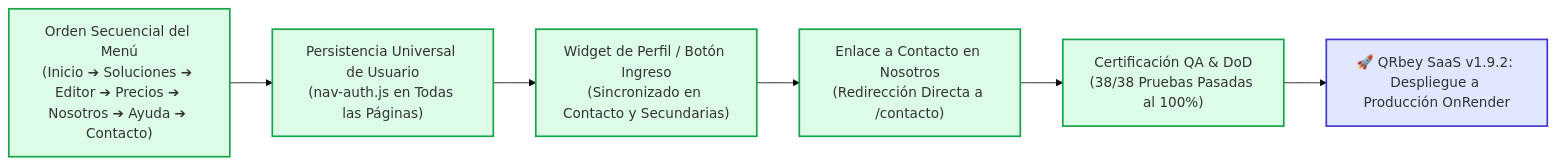
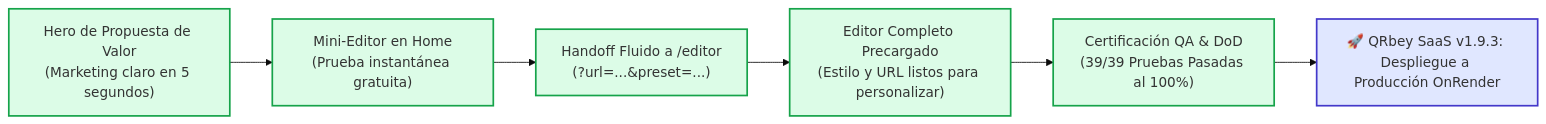
Before and after one commit to paolapaz202504/QRgenerator: the diagram in PROJECT_STATUS_QRGENERATOR.md, drawn with Mermaid (base theme). The commit also changed other lines of this file and 20 other files, not shown here.

Commit message:
feat(v1.9.3): mini editor en home gratuito sin restricciones y handoff a editor

````diff
--- a/PROJECT_STATUS_QRGENERATOR.md
+++ b/PROJECT_STATUS_QRGENERATOR.md
@@ -12,15 +12,15 @@
 ```mermaid
 flowchart LR
-    A["Orden Secuencial del Menú\n(Inicio ➔ Soluciones ➔ Editor ➔ Precios ➔ Nosotros ➔ Ayuda ➔ Contacto)"] --> B["Persistencia Universal de Usuario\n(nav-auth.js en Todas las Páginas)"]
-    B --> C["Widget de Perfil / Botón Ingreso\n(Sincronizado en Contacto y Secundarias)"]
-    C --> D["Enlace a Contacto en Nosotros\n(Redirección Directa a /contacto)"]
-    D --> E["Certificación QA & DoD\n(38/38 Pruebas Pasadas al 100%)"]
-    E --> F["🚀 QRbey SaaS v1.9.2: Despliegue a Producción OnRender"]
+    A["Hero de Propuesta de Valor\n(Marketing claro en 5 segundos)"] --> B["Mini-Editor en Home\n(Prueba instantánea gratuita)"]
+    B --> C["Handoff Fluido a /editor\n(?url=...&preset=...)"]
+    C --> D["Editor Completo Precargado\n(Estilo y URL listos para personalizar)"]
+    D --> E["Certificación QA & DoD\n(39/39 Pruebas Pasadas al 100%)"]
+    E --> F["🚀 QRbey SaaS v1.9.3: Despliegue a Producción OnRender"]
     
     style A fill:#dcfce7,stroke:#16a34a,stroke-width:2px
     style B fill:#dcfce7,stroke:#16a34a,stroke-width:2px
     style C fill:#dcfce7,stroke:#16a34a,stroke-width:2px
     style D fill:#dcfce7,stroke:#16a34a,stroke-width:2px
     style E fill:#dcfce7,stroke:#16a34a,stroke-width:2px
     style F fill:#e0e7ff,stroke:#4338ca,stroke-width:2px
 ```
````
